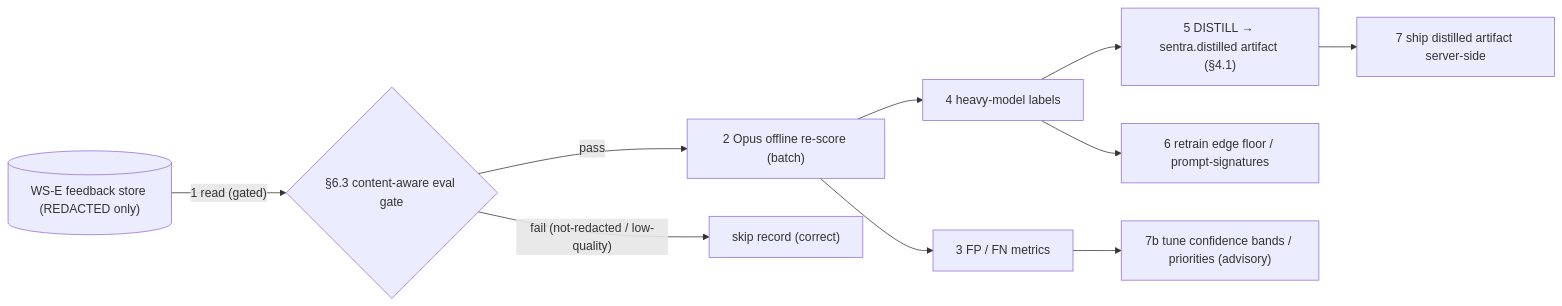
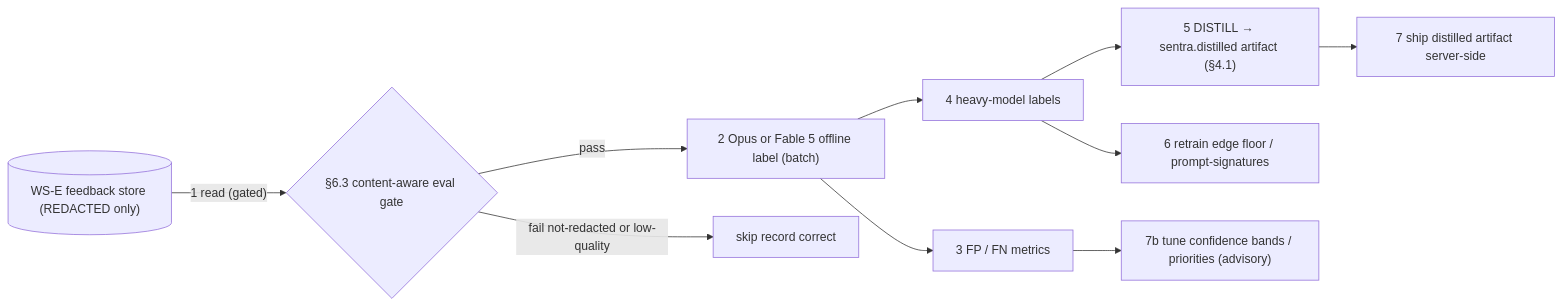
Before and after one commit to shashank31mar/Sentra: the fourth of 4 diagrams in lld/32-detection-depth.md, drawn with Mermaid. The commit also changed other lines of this file and 1 other file, not shown here.

````diff
--- a/lld/32-detection-depth.md
+++ b/lld/32-detection-depth.md
@@ -398,12 +425,12 @@
 ```mermaid
 flowchart LR
   FS[("WS-E feedback store (REDACTED only)")] -->|"1 read (gated)"| GATE{"§6.3 content-aware eval gate"}
-  GATE -->|"pass"| OPUS["2 Opus offline re-score (batch)"]
-  GATE -->|"fail (not-redacted / low-quality)"| SKIP["skip record (correct)"]
+  GATE -->|"pass"| OPUS["2 Opus or Fable 5 offline label (batch)"]
+  GATE -->|"fail not-redacted or low-quality"| SKIP["skip record correct"]
   OPUS --> METRICS["3 FP / FN metrics"]
   OPUS --> LABELS["4 heavy-model labels"]
   LABELS --> DISTILL["5 DISTILL → sentra.distilled artifact (§4.1)"]
   LABELS --> RETRAIN["6 retrain edge floor / prompt-signatures"]
   DISTILL --> DEPLOY["7 ship distilled artifact server-side"]
   METRICS --> TUNE["7b tune confidence bands / priorities (advisory)"]
 ```
````
